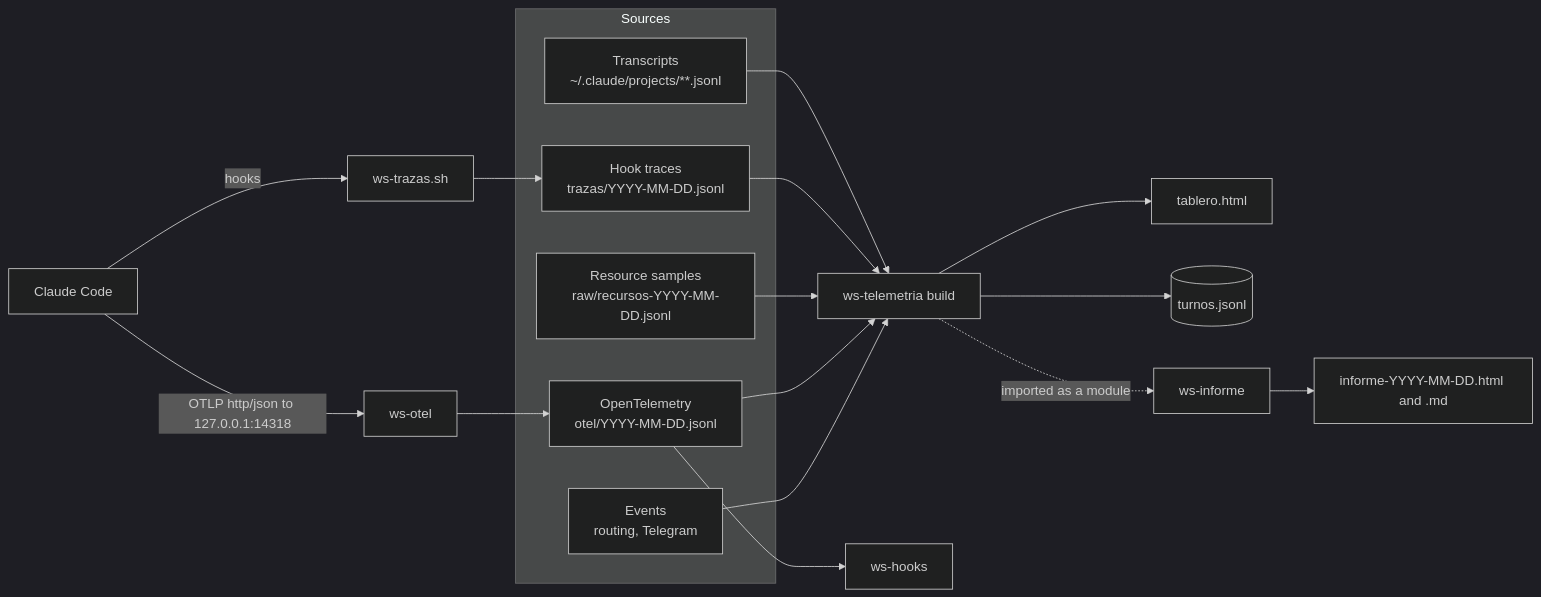
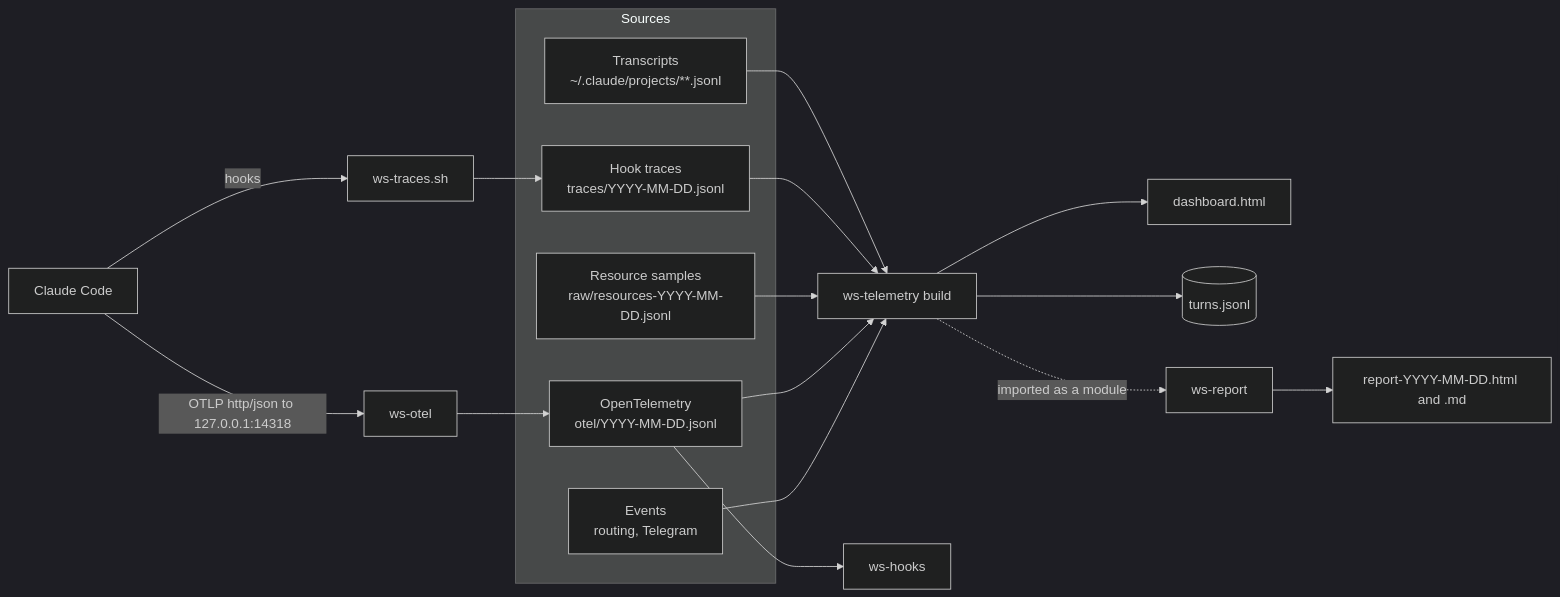
One commit to andreshma/claude-workstation changed the fourth of 10 diagrams in docs/DIAGRAMS.md. Above: the diagram before and after it, drawn with Mermaid (dark theme). The commit also changed other lines of this file and 226 other files, not shown here.

````diff
--- a/docs/DIAGRAMS.md
+++ b/docs/DIAGRAMS.md
@@ -163,18 +163,18 @@
 ```mermaid
 flowchart LR
   subgraph sources["Sources"]
     tx["Transcripts<br/>~/.claude/projects/**.jsonl"]
-    tz["Hook traces<br/>trazas/YYYY-MM-DD.jsonl"]
-    rs["Resource samples<br/>raw/recursos-YYYY-MM-DD.jsonl"]
+    tr["Hook traces<br/>traces/YYYY-MM-DD.jsonl"]
+    rs["Resource samples<br/>raw/resources-YYYY-MM-DD.jsonl"]
     ot["OpenTelemetry<br/>otel/YYYY-MM-DD.jsonl"]
     ev["Events<br/>routing, Telegram"]
   end
   cc["Claude Code"] -- "OTLP http/json to 127.0.0.1:14318" --> col["ws-otel"] --> ot
-  cc -- "hooks" --> tzs["ws-trazas.sh"] --> tz
-  tx & tz & rs & ot & ev --> wst["ws-telemetria build"]
-  wst --> html["tablero.html"]
-  wst --> turnos[("turnos.jsonl")]
-  wst -. "imported as a module" .-> inf["ws-informe"]
-  inf --> rep["informe-YYYY-MM-DD.html and .md"]
+  cc -- "hooks" --> trs["ws-traces.sh"] --> tr
+  tx & tr & rs & ot & ev --> wst["ws-telemetry build"]
+  wst --> html["dashboard.html"]
+  wst --> turns[("turns.jsonl")]
+  wst -. "imported as a module" .-> inf["ws-report"]
+  inf --> rep["report-YYYY-MM-DD.html and .md"]
   ot --> wh["ws-hooks"]
 ```
````
